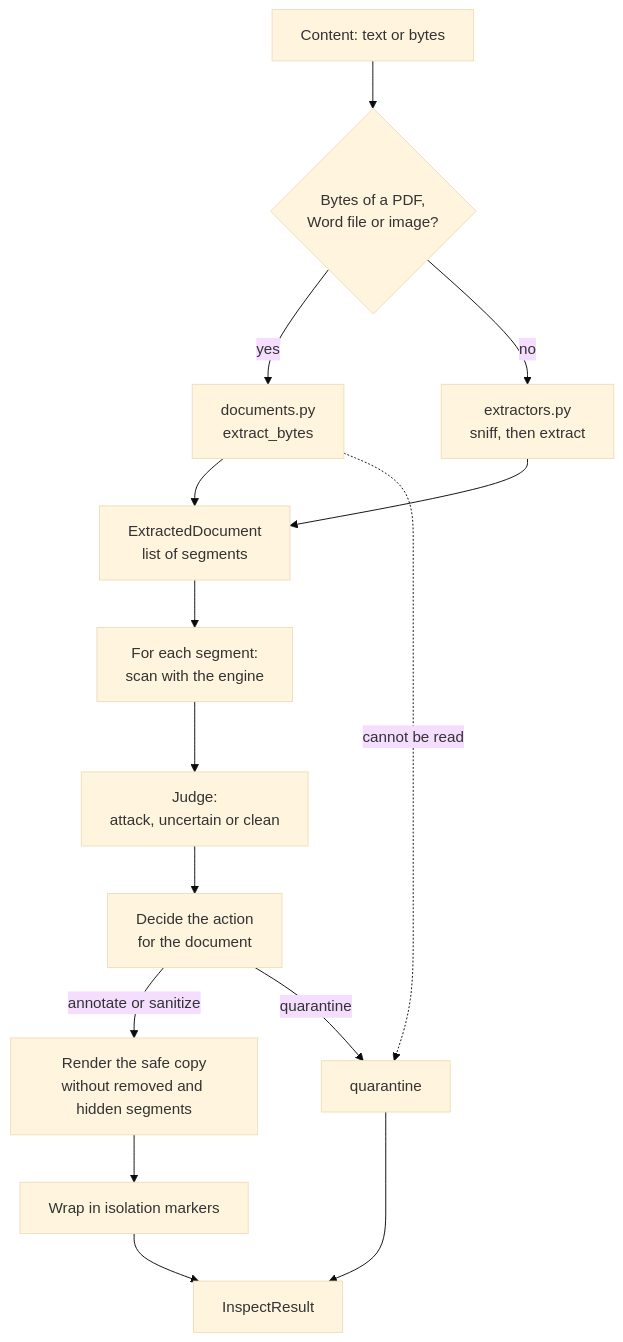
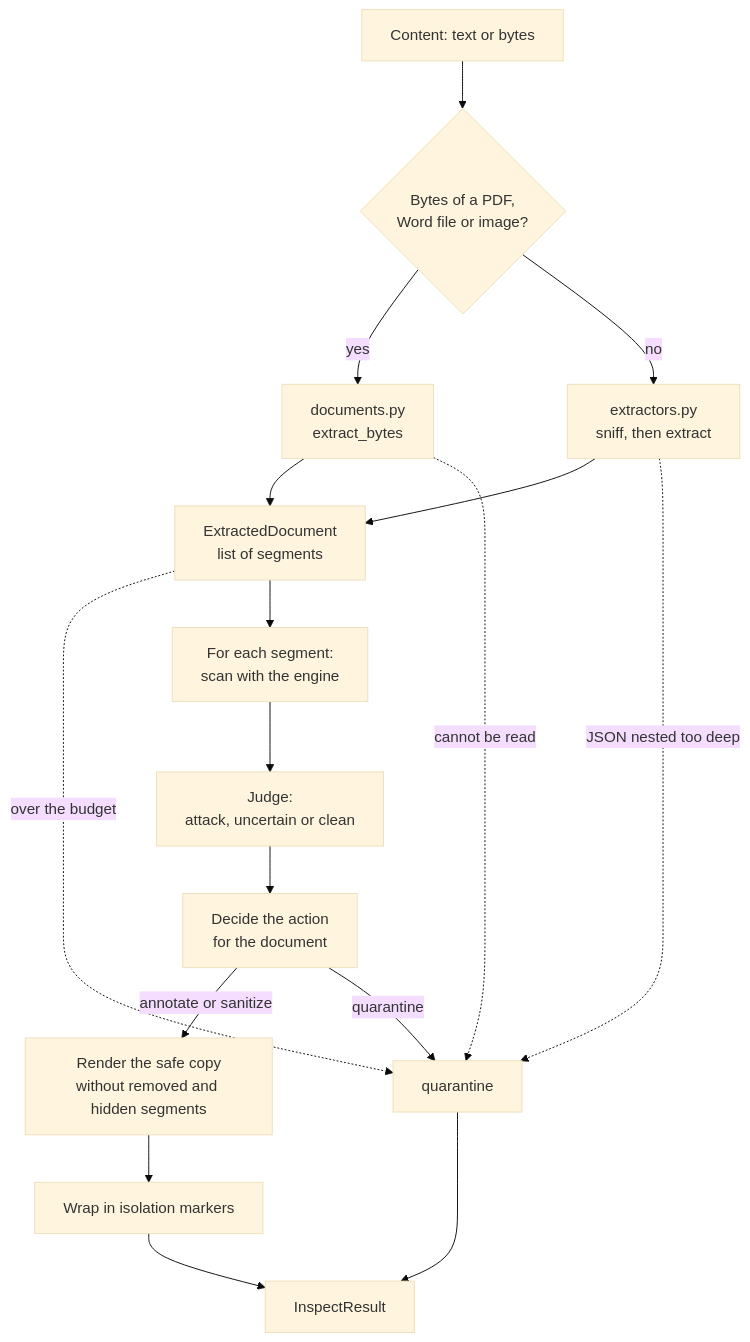
The second of 5 diagrams in docs/ARCHITECTURE.md (lokeshmittal08/Kestral), drawn with Mermaid (base theme) before and after one commit. The commit also changed other lines of this file and 36 other files, not shown here.

````diff
--- a/docs/ARCHITECTURE.md
+++ b/docs/ARCHITECTURE.md
@@ -98,17 +98,19 @@
 ```mermaid
 flowchart TD
     A[Content: text or bytes] --> B{Bytes of a PDF,<br/>Word file or image?}
     B -->|yes| C[documents.py<br/>extract_bytes]
     B -->|no| D[extractors.py<br/>sniff, then extract]
     C --> E[ExtractedDocument<br/>list of segments]
     D --> E
     C -.->|cannot be read| Q[quarantine]
+    D -.->|JSON nested too deep| Q
+    E -.->|over the budget| Q
     E --> F[For each segment:<br/>scan with the engine]
     F --> G[Judge:<br/>attack, uncertain or clean]
     G --> H[Decide the action<br/>for the document]
     H -->|annotate or sanitize| I[Render the safe copy<br/>without removed and hidden segments]
     H -->|quarantine| Q
     I --> J[Wrap in isolation markers]
     J --> K[InspectResult]
     Q --> K
 ```
````
